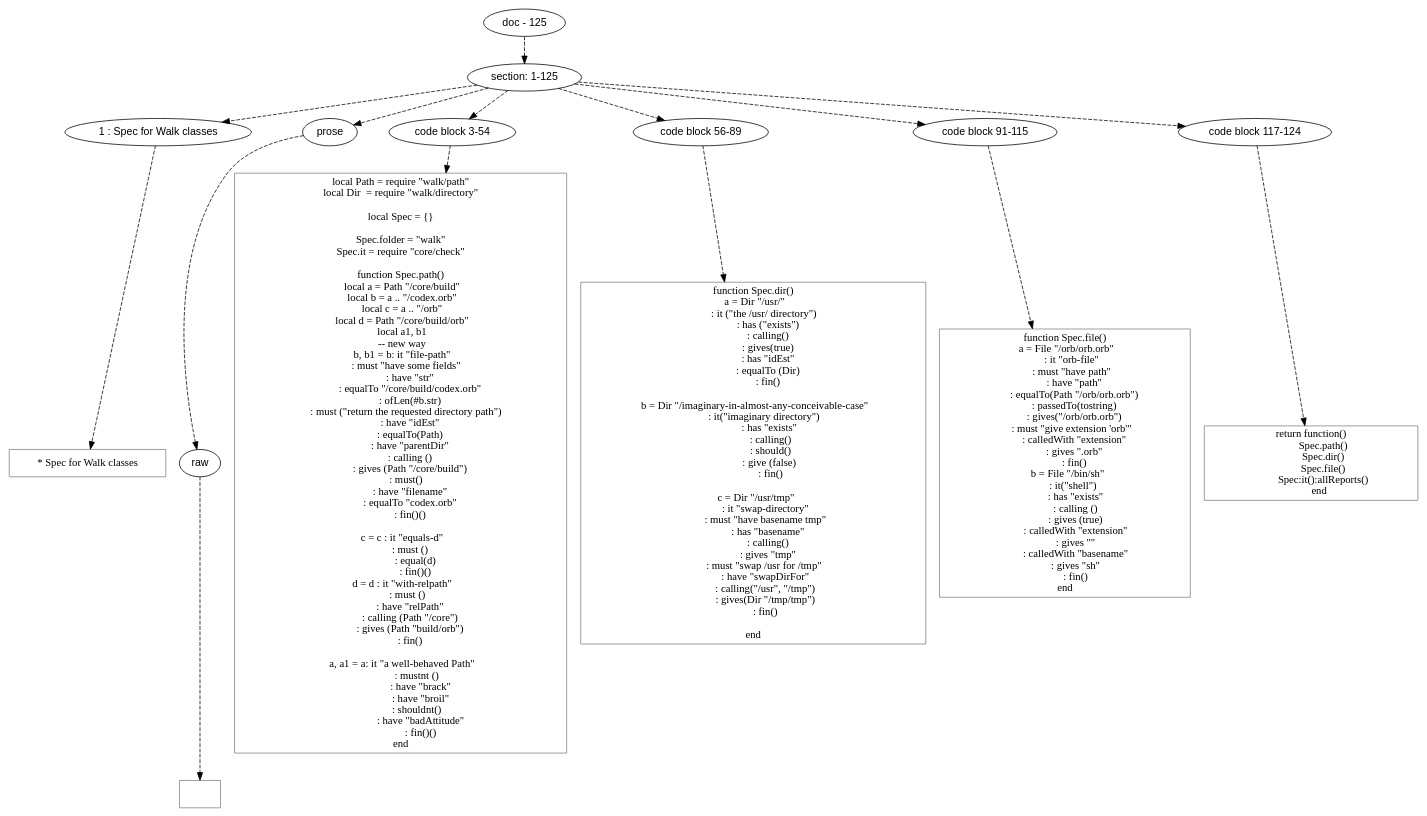
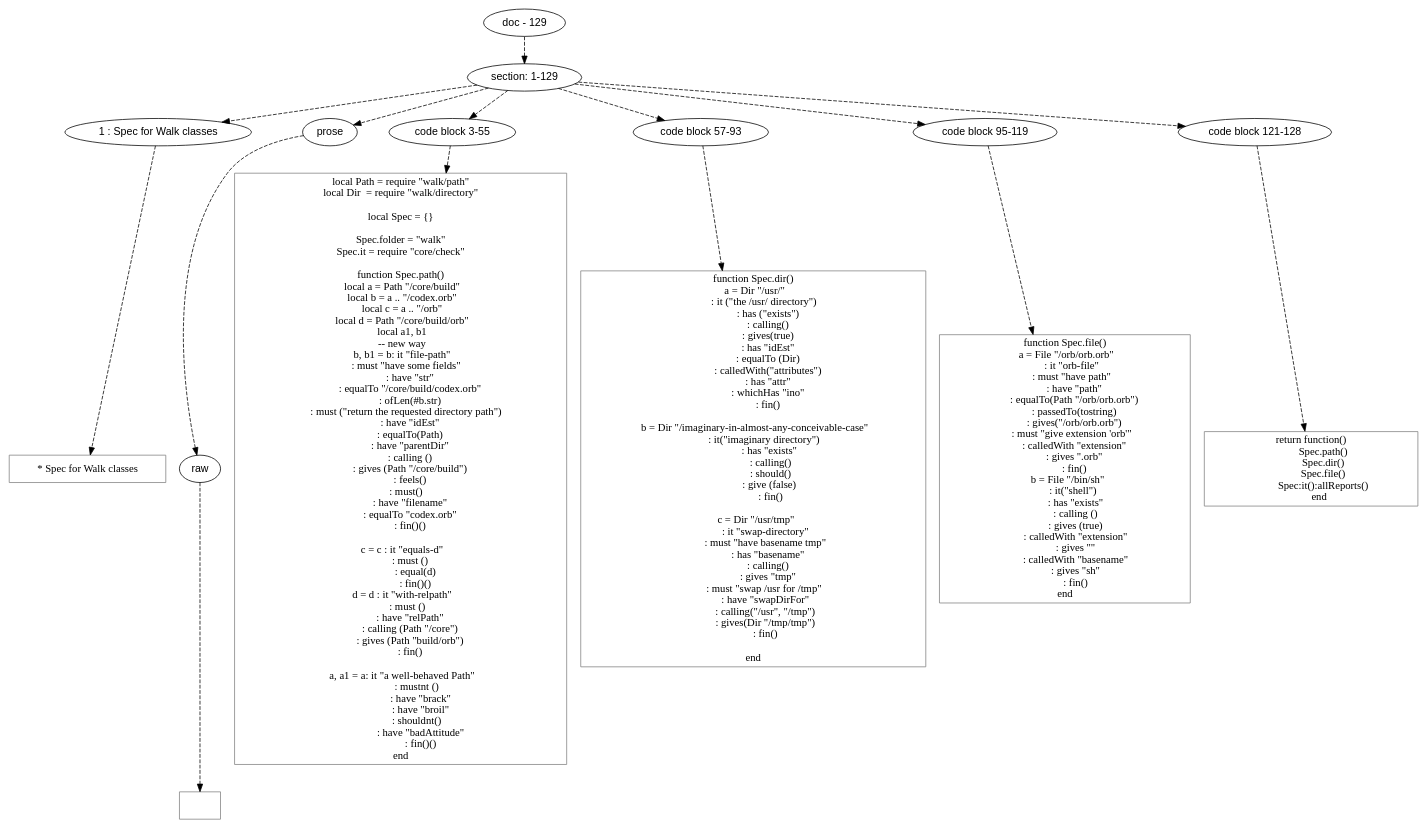
Before and after one commit to mnemnion/orb: the diagram in doc/dot/spec/walk-spec.dot, drawn with Graphviz. The commit also changed 29 other files, not shown here.

```diff
--- a/doc/dot/spec/walk-spec.dot
+++ b/doc/dot/spec/walk-spec.dot
@@ -1,176 +1,180 @@
 digraph lpegNode {
 
 node [fontname=Helvetica]
 edge [style=dashed]
 
-doc_0 [label="doc - 125"]
+doc_0 [label="doc - 129"]
 
 
 doc_0 -> { section_1}
 {rank=same; section_1}
 
-section_1 [label="section: 1-125"]
+section_1 [label="section: 1-129"]
 
 
 // END RANK doc_0
 
 section_1 -> { header_2 prose_3 codeblock_4 codeblock_5 codeblock_6 codeblock_7}
 {rank=same; header_2 prose_3 codeblock_4 codeblock_5 codeblock_6 codeblock_7}
 
 header_2 [label="1 : Spec for Walk classes"]
 
 prose_3 [label="prose"]
 
-codeblock_4 [label="code block 3-54"]
+codeblock_4 [label="code block 3-55"]
 
-codeblock_5 [label="code block 56-89"]
+codeblock_5 [label="code block 57-93"]
 
-codeblock_6 [label="code block 91-115"]
+codeblock_6 [label="code block 95-119"]
 
-codeblock_7 [label="code block 117-124"]
+codeblock_7 [label="code block 121-128"]
 
 
 // END RANK section_1
 
 header_2 -> leaf_8
 leaf_8  [color=Gray,shape=rectangle,fontname=Inconsolata,label="* Spec for Walk classes"]
 // END RANK header_2
 
 prose_3 -> { raw_9}
 {rank=same; raw_9}
 
 raw_9 [label="raw"]
 
 
 // END RANK prose_3
 
 raw_9 -> leaf_10
 leaf_10  [color=Gray,shape=rectangle,fontname=Inconsolata,label="
 "]
 // END RANK raw_9
 
 codeblock_4 -> leaf_11
 leaf_11  [color=Gray,shape=rectangle,fontname=Inconsolata,label="local Path = require \"walk/path\"
 local Dir  = require \"walk/directory\"
 
 local Spec = {}
 
 Spec.folder = \"walk\"
 Spec.it = require \"core/check\"
 
 function Spec.path()
   local a = Path \"/core/build\"
   local b = a .. \"/codex.orb\"
   local c = a .. \"/orb\"
   local d = Path \"/core/build/orb\"
   local a1, b1
   -- new way
   b, b1 = b: it \"file-path\"
      : must \"have some fields\"
         : have \"str\"
         : equalTo \"/core/build/codex.orb\"
         : ofLen(#b.str)
      : must (\"return the requested directory path\")
         : have \"idEst\"
         : equalTo(Path)
         : have \"parentDir\"
         : calling ()
         : gives (Path \"/core/build\")
+        : feels()
      : must()
         : have \"filename\"
         : equalTo \"codex.orb\"
         : fin()()
 
   c = c : it \"equals-d\"
         : must ()
             : equal(d)
             : fin()()
   d = d : it \"with-relpath\"
       : must ()
         : have \"relPath\"
         : calling (Path \"/core\")
         : gives (Path \"build/orb\")
         : fin()
 
   a, a1 = a: it \"a well-behaved Path\"
              : mustnt ()
                 : have \"brack\"
                 : have \"broil\"
              : shouldnt()
                 : have \"badAttitude\"
                 : fin()()
 end"]
 // END RANK codeblock_4
 
 codeblock_5 -> leaf_12
 leaf_12  [color=Gray,shape=rectangle,fontname=Inconsolata,label="function Spec.dir()
   a = Dir \"/usr/\"
          : it (\"the /usr/ directory\")
             : has (\"exists\")
             : calling()
             : gives(true)
             : has \"idEst\"
             : equalTo (Dir)
+            : calledWith(\"attributes\")
+            : has \"attr\"
+            : whichHas \"ino\"
             : fin()
 
   b = Dir \"/imaginary-in-almost-any-conceivable-case\"
          : it(\"imaginary directory\")
              : has \"exists\"
               : calling()
               : should()
              : give (false)
               : fin()
 
    c = Dir \"/usr/tmp\"
           : it \"swap-directory\"
           : must \"have basename tmp\"
             : has \"basename\"
             : calling()
             : gives \"tmp\"
          : must \"swap /usr for /tmp\"
           : have \"swapDirFor\"
           : calling(\"/usr\", \"/tmp\")
           : gives(Dir \"/tmp/tmp\")
           : fin()
 
 end
 "]
 // END RANK codeblock_5
 
 codeblock_6 -> leaf_13
 leaf_13  [color=Gray,shape=rectangle,fontname=Inconsolata,label="function Spec.file()
   a = File \"/orb/orb.orb\"
       : it \"orb-file\"
       : must \"have path\"
         : have \"path\"
         : equalTo(Path \"/orb/orb.orb\")
         : passedTo(tostring)
         : gives(\"/orb/orb.orb\")
       : must \"give extension 'orb'\"
         : calledWith \"extension\"
         : gives \".orb\"
         : fin()
    b = File \"/bin/sh\"
        : it(\"shell\")
          : has \"exists\"
          : calling ()
          : gives (true)
          : calledWith \"extension\"
          : gives \"\"
          : calledWith \"basename\"
          : gives \"sh\"
          : fin()
 end"]
 // END RANK codeblock_6
 
 codeblock_7 -> leaf_14
 leaf_14  [color=Gray,shape=rectangle,fontname=Inconsolata,label="return function()
           Spec.path()
           Spec.dir()
           Spec.file()
           Spec:it():allReports()
        end"]
 // END RANK codeblock_7
 
 
 }
```
